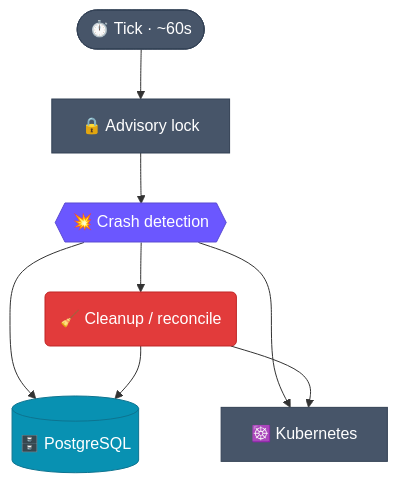
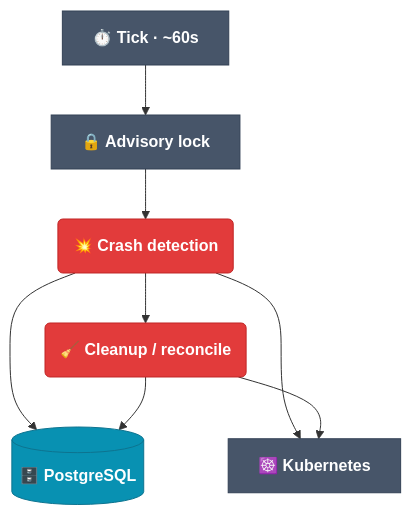
Before and after one commit to JetBrains-Research/idegym: the diagram in website/docs/architecture/watcher.md, drawn with Mermaid. The commit also changed 10 other files, not shown here.

First line of the commit message:
[JBRes-9938] diagrams: unify colors/shapes, bold titles, real tooltips, legend

````diff
--- a/website/docs/architecture/watcher.md
+++ b/website/docs/architecture/watcher.md
@@ -15,25 +15,24 @@
 ```mermaid
 flowchart TB
-    timer(["⏱️ Tick · ~60s"]):::infra
-    lock["🔒 Advisory lock"]:::infra
-    crash{{"💥 Crash detection"}}:::ctrl
-    cleanup("🧹 Cleanup / reconcile"):::tool
-    db[("🗄️ PostgreSQL")]:::store
-    kapi["☸️ Kubernetes"]:::infra
+    timer["<b>⏱️ Tick · ~60s</b>"]:::infra
+    lock["<b>🔒 Advisory lock</b>"]:::infra
+    crash("<b>💥 Crash detection</b>"):::tool
+    cleanup("<b>🧹 Cleanup / reconcile</b>"):::tool
+    db[("<b>🗄️ PostgreSQL</b>")]:::store
+    kapi["<b>☸️ Kubernetes</b>"]:::infra
 
     timer --> lock --> crash --> cleanup
     crash --> db
     crash --> kapi
     cleanup --> db
     cleanup --> kapi
 
-    classDef ctrl fill:#6b57ff,stroke:#5b4bd2,color:#fff;
     classDef tool fill:#e23b3b,stroke:#c02626,color:#fff;
     classDef store fill:#0891b2,stroke:#0e7490,color:#fff;
     classDef infra fill:#475569,stroke:#334155,color:#fff;
 
-    click timer "https://github.com/JetBrains-Research/idegym/blob/main/watcher/src/idegym/watcher/main.py" "watcher loop source"
-    click crash "https://github.com/JetBrains-Research/idegym/blob/main/watcher/src/idegym/watcher/crash_detector.py" "crash detector source"
-    click cleanup "https://github.com/JetBrains-Research/idegym/blob/main/watcher/src/idegym/watcher/cleanup.py" "cleanup source"
-    click lock "https://github.com/JetBrains-Research/idegym/blob/main/watcher/src/idegym/watcher/cleanup.py" "advisory lock in cleanup"
+    click timer "https://github.com/JetBrains-Research/idegym/blob/main/watcher/src/idegym/watcher/main.py" "View the watcher loop source on GitHub."
+    click crash "https://github.com/JetBrains-Research/idegym/blob/main/watcher/src/idegym/watcher/crash_detector.py" "View the crash-detector source on GitHub."
+    click cleanup "https://github.com/JetBrains-Research/idegym/blob/main/watcher/src/idegym/watcher/cleanup.py" "View the cleanup / reconcile source on GitHub."
+    click lock "https://github.com/JetBrains-Research/idegym/blob/main/watcher/src/idegym/watcher/cleanup.py" "See how the advisory lock is taken in cleanup on GitHub."
 ```
````
